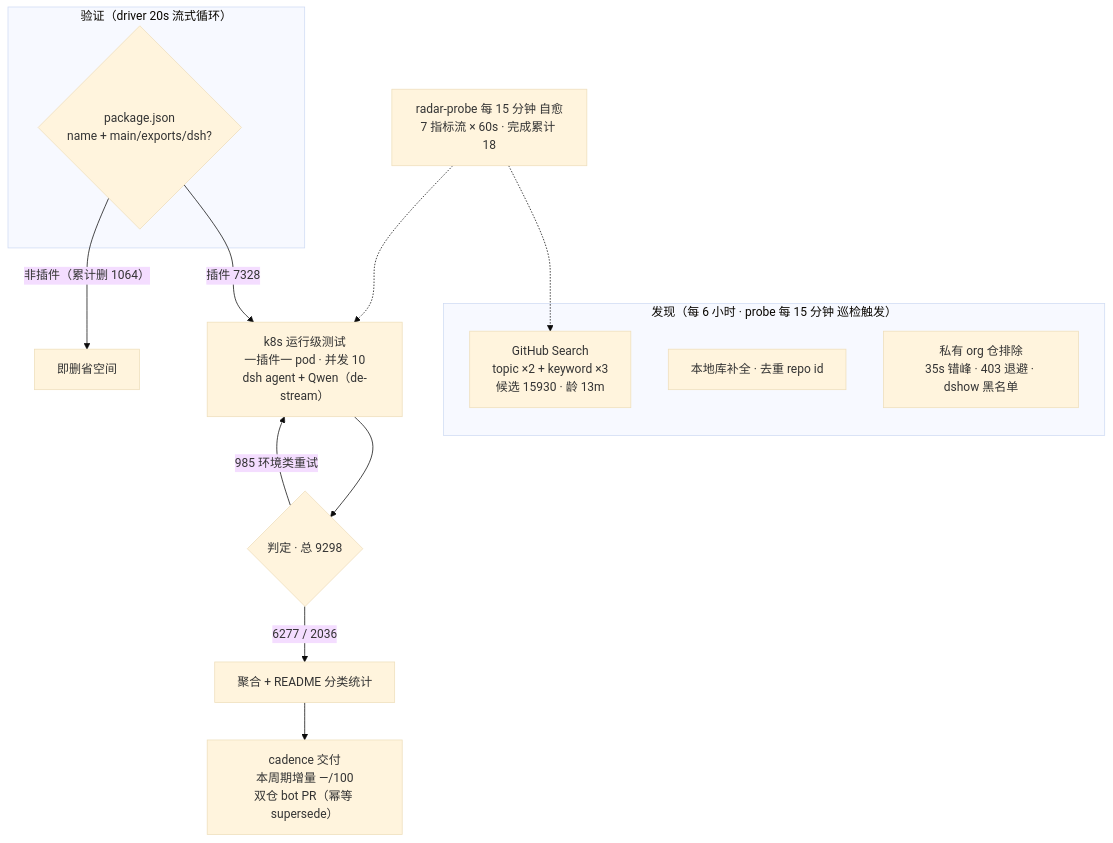
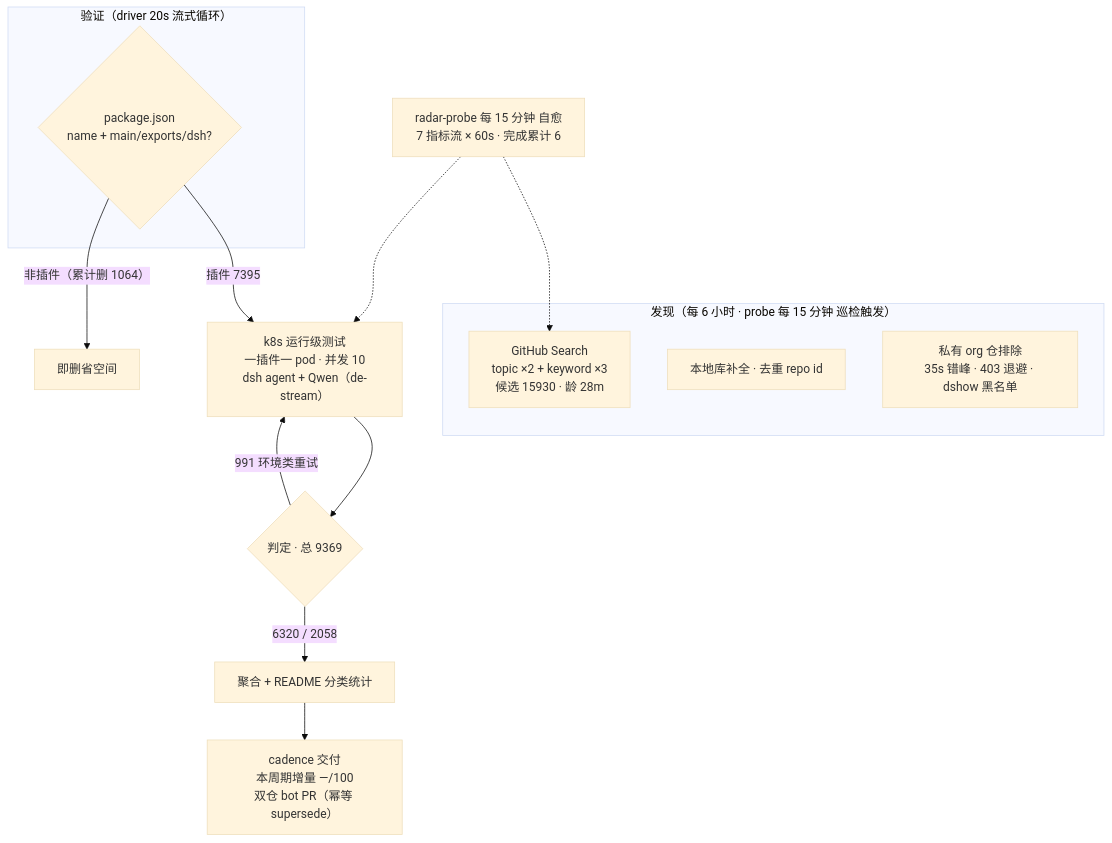
The diagram in README.md (Zhidao-Lab-OSS/awesome-dsh-plugins), drawn with Mermaid (base theme) before and after one commit. The commit also changed other lines of this file and 1 other file, not shown here.

````diff
--- a/README.md
+++ b/README.md
@@ -37,20 +37,20 @@
 ```mermaid
 flowchart TB
     subgraph Discovery["发现（每 6 小时 · probe 每 15 分钟 巡检触发）"]
-        A1["GitHub Search<br/>topic ×2 + keyword ×3<br/>候选 15930 · 龄 13m"]
+        A1["GitHub Search<br/>topic ×2 + keyword ×3<br/>候选 15930 · 龄 28m"]
         A2["本地库补全 · 去重 repo id"]
         A3["私有 org 仓排除<br/>35s 错峰 · 403 退避 · dshow 黑名单"]
     end
     subgraph Validation["验证（driver 20s 流式循环）"]
         B1{"package.json<br/>name + main/exports/dsh?"}
     end
-    B1 -->|"插件 7328"| C1["k8s 运行级测试<br/>一插件一 pod · 并发 10<br/>dsh agent + Qwen（de-stream）"]
+    B1 -->|"插件 7395"| C1["k8s 运行级测试<br/>一插件一 pod · 并发 10<br/>dsh agent + Qwen（de-stream）"]
     B1 -->|"非插件（累计删 1064）"| B3["即删省空间"]
-    C1 --> D1{"判定 · 总 9298"}
-    D1 -->|"6277 / 2036"| E1["聚合 + README 分类统计"]
-    D1 -->|"985 环境类重试"| C1
+    C1 --> D1{"判定 · 总 9369"}
+    D1 -->|"6320 / 2058"| E1["聚合 + README 分类统计"]
+    D1 -->|"991 环境类重试"| C1
     E1 --> E2["cadence 交付<br/>本周期增量 —/100<br/>双仓 bot PR（幂等 supersede）"]
-    M["radar-probe 每 15 分钟 自愈<br/>7 指标流 × 60s · 完成累计 18"]
+    M["radar-probe 每 15 分钟 自愈<br/>7 指标流 × 60s · 完成累计 6"]
     M -.-> A1
     M -.-> C1
 ```
````
